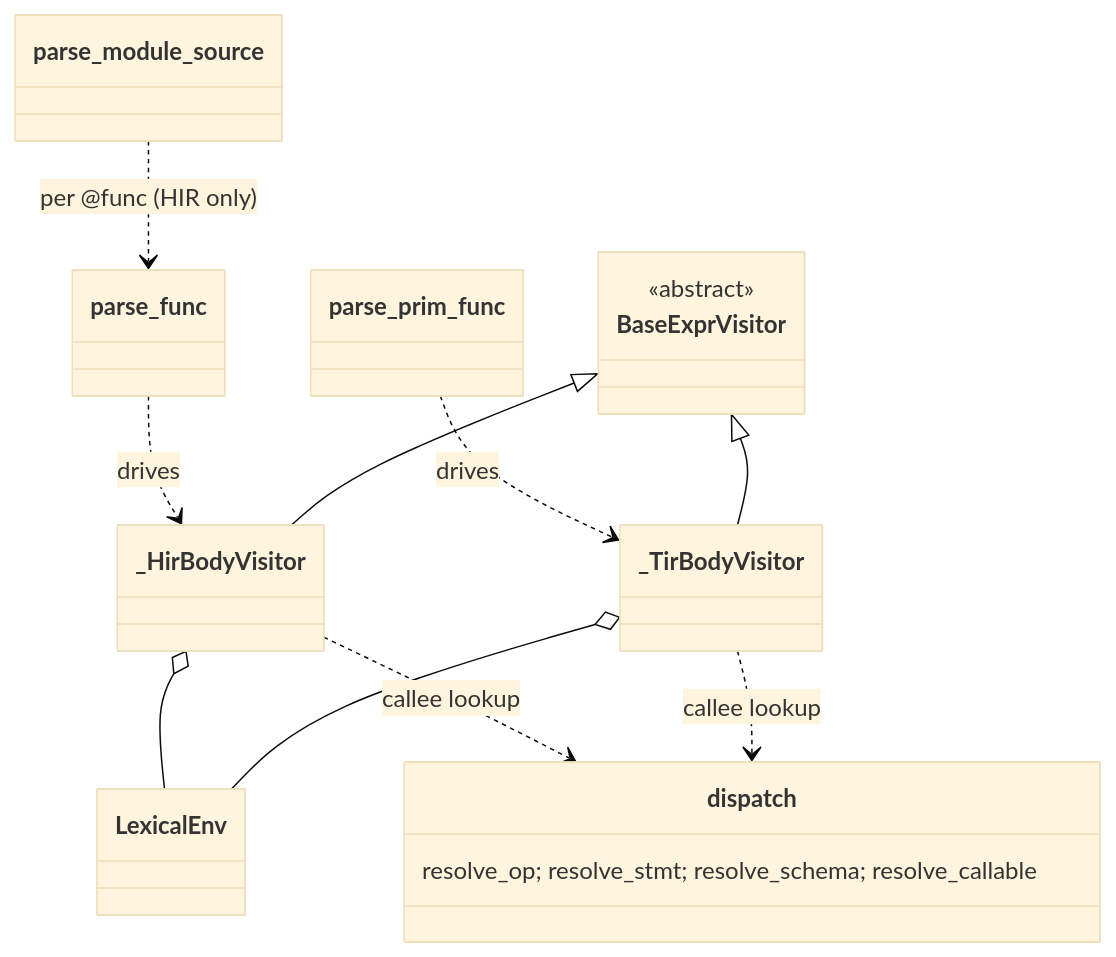
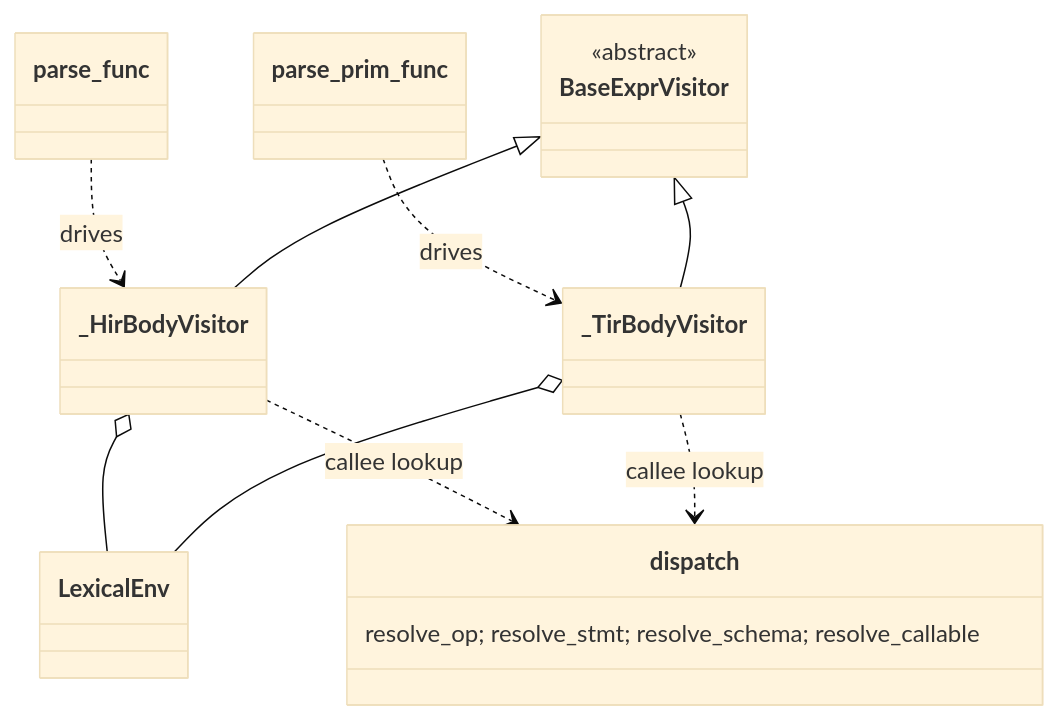
One commit to tile-ai/TileFoundry changed the second of 2 diagrams in docs/spec/parser.md. Above: the diagram before and after it, drawn with Mermaid (base theme). The commit also changed other lines of this file and 24 other files, not shown here.

````diff
--- a/docs/spec/parser.md
+++ b/docs/spec/parser.md
@@ -787,21 +782,19 @@
 ```mermaid
 classDiagram
     class parse_func
     class parse_prim_func
-    class parse_module_source
     class BaseExprVisitor   { <<abstract>> }
     class _HirBodyVisitor
     class _TirBodyVisitor
     class LexicalEnv
     class dispatch          { resolve_op; resolve_stmt; resolve_schema; resolve_callable }
 
     parse_func ..> _HirBodyVisitor : drives
-    parse_module_source ..> parse_func : per @func (HIR only)
     parse_prim_func ..> _TirBodyVisitor : drives
     BaseExprVisitor <|-- _HirBodyVisitor
     BaseExprVisitor <|-- _TirBodyVisitor
     _HirBodyVisitor o-- LexicalEnv
     _TirBodyVisitor o-- LexicalEnv
     _HirBodyVisitor ..> dispatch : callee lookup
     _TirBodyVisitor ..> dispatch : callee lookup
 ```
````
